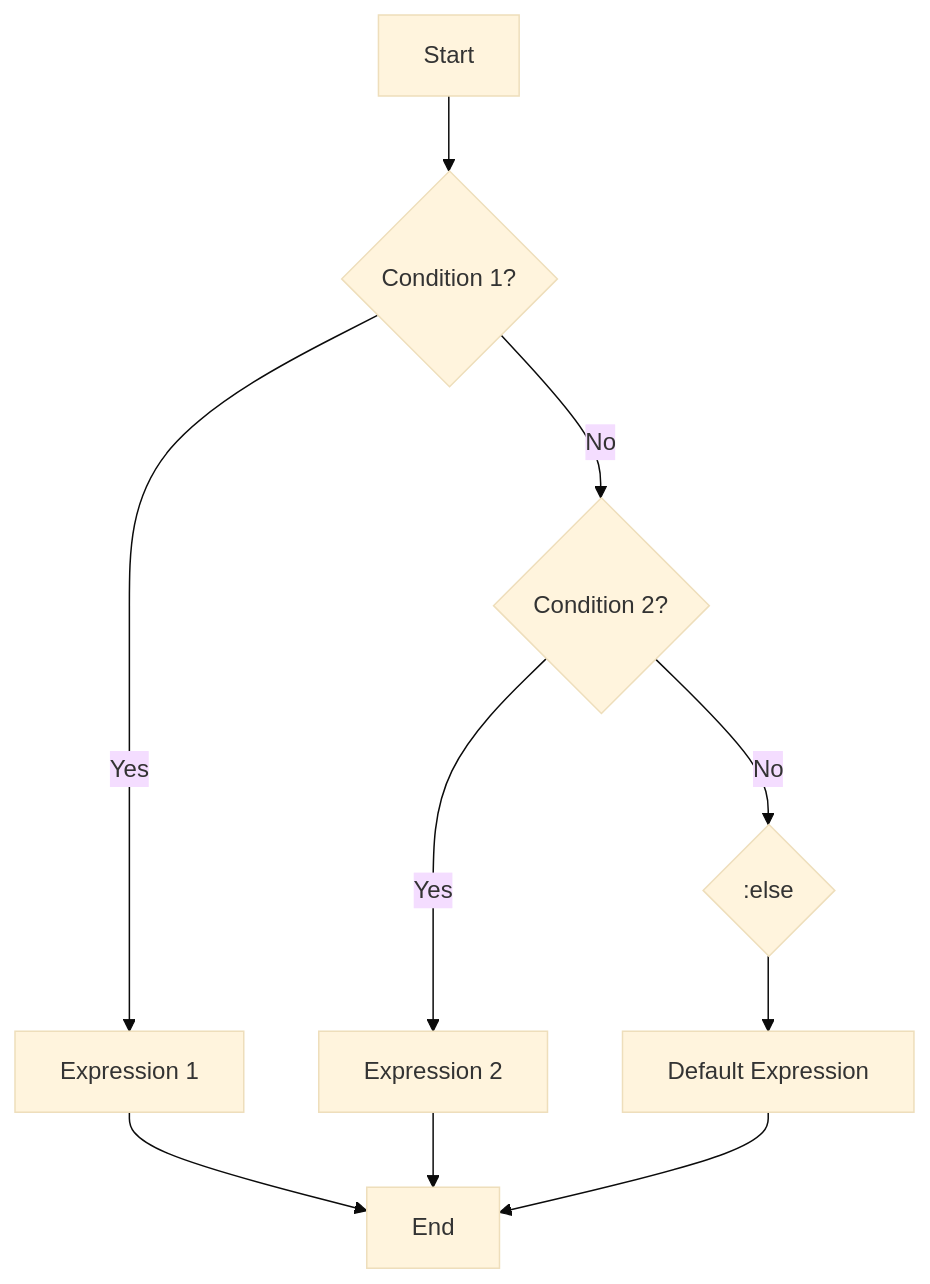
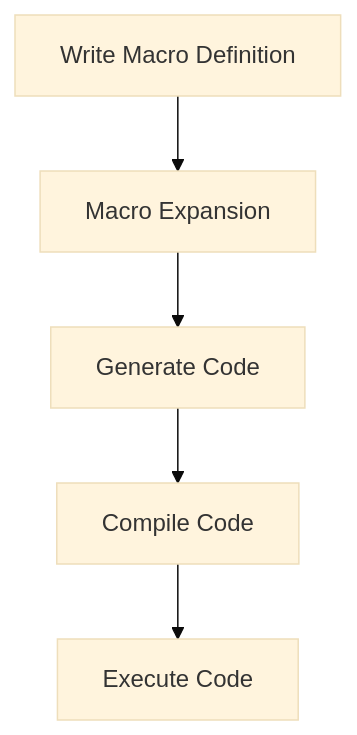
Before and after one commit to MasteryEducation/ClojureForJava.com: the diagram in content/1/9/1/3/index.md, drawn with Mermaid (base theme). The commit also changed other lines of this file and 915 other files, not shown here.

````diff
--- a/content/1/9/1/3/index.md
+++ b/content/1/9/1/3/index.md
@@ -166,12 +164,7 @@
 ```mermaid
-graph TD;
-    A[Start] --> B{Condition 1?};
-    B -- Yes --> C[Expression 1];
-    B -- No --> D{Condition 2?};
-    D -- Yes --> E[Expression 2];
-    D -- No --> F{:else};
-    F --> G[Default Expression];
-    C --> H[End];
-    E --> H;
-    G --> H;
+flowchart TD
+    A[Write Macro Definition] --> B[Macro Expansion]
+    B --> C[Generate Code]
+    C --> D[Compile Code]
+    D --> E[Execute Code]
 ```
````
